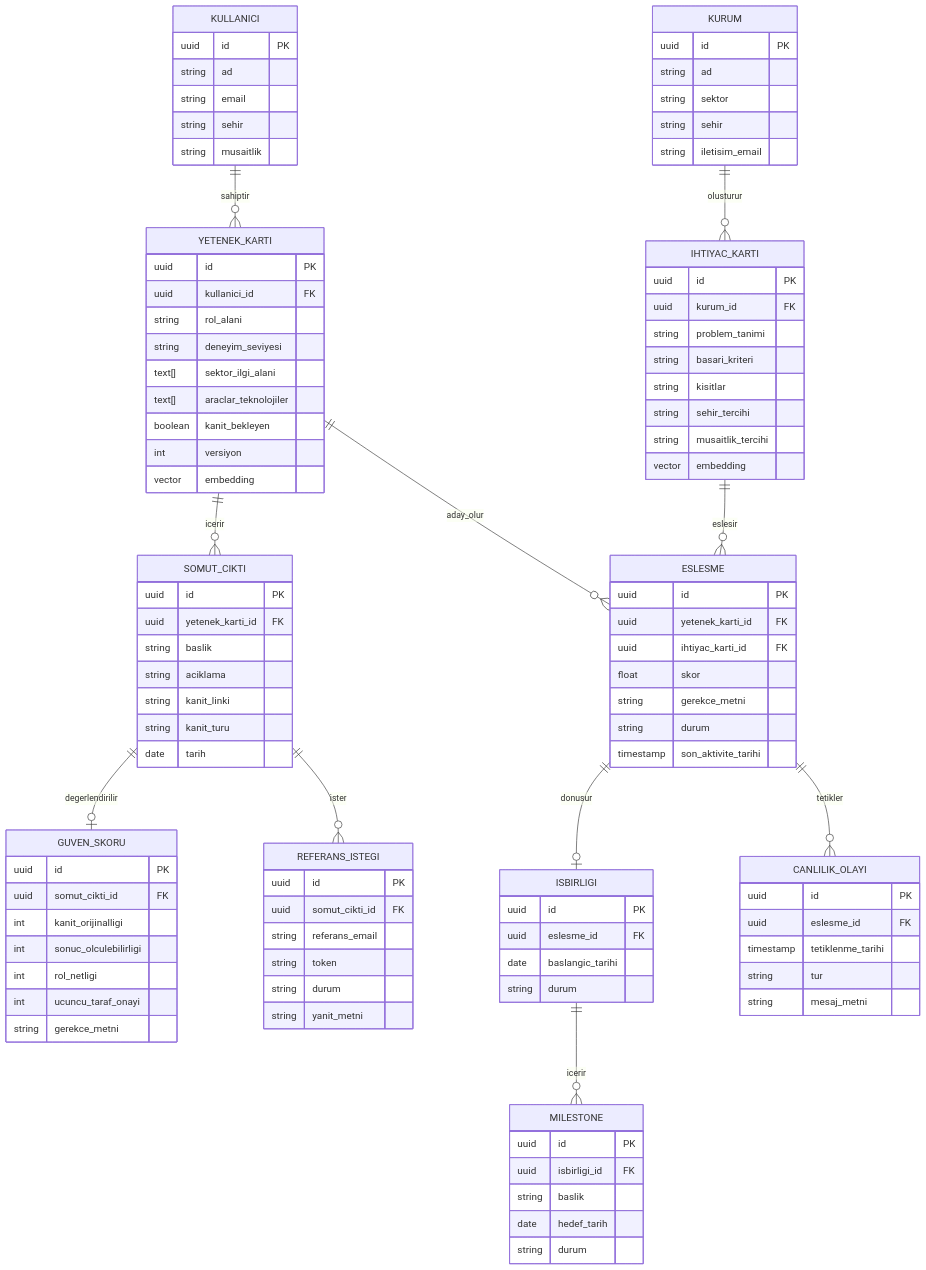
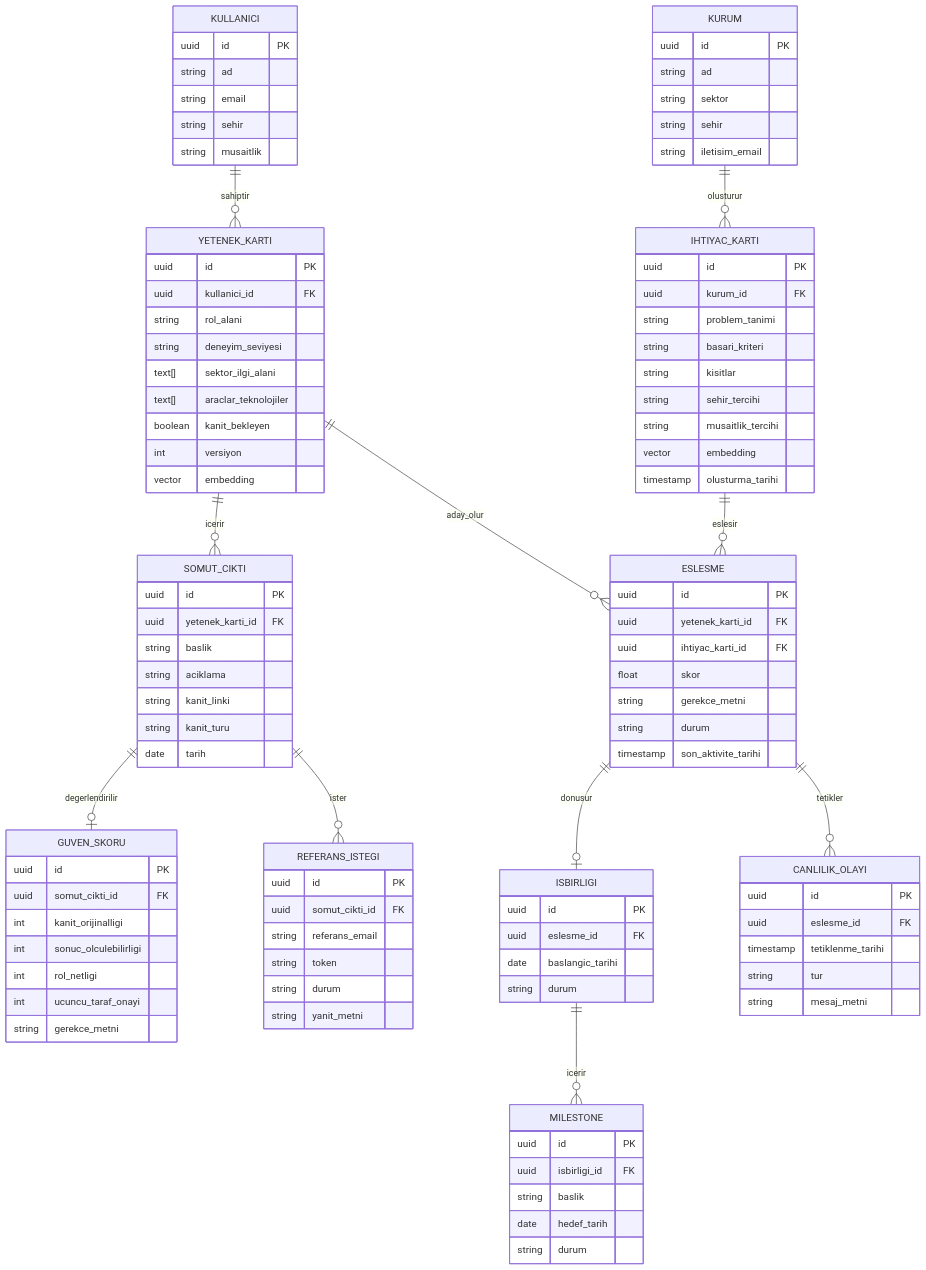
Before and after one commit to zuhrekorhn/Zemin360-Hackathon: the diagram in docs/data-schema.md, drawn with Mermaid. The commit also changed other lines of this file, not shown here.

Commit message:
IHTIYAC_KARTI.olusturma_tarihi eklendi - UUID kronolojik degil

```diff
--- a/docs/data-schema.md
+++ b/docs/data-schema.md
@@ -75,6 +75,7 @@
     string sehir_tercihi
     string musaitlik_tercihi
     vector embedding
+    timestamp olusturma_tarihi
   }
   ESLESME {
     uuid id PK
```
